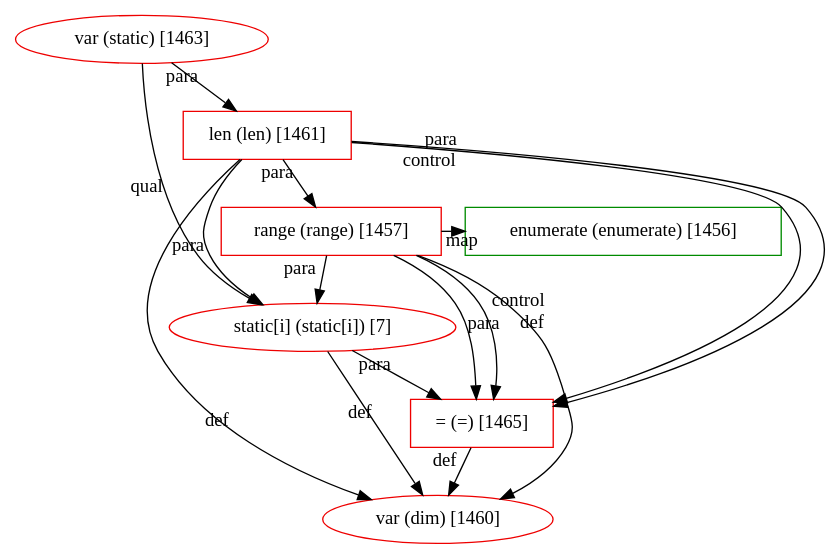
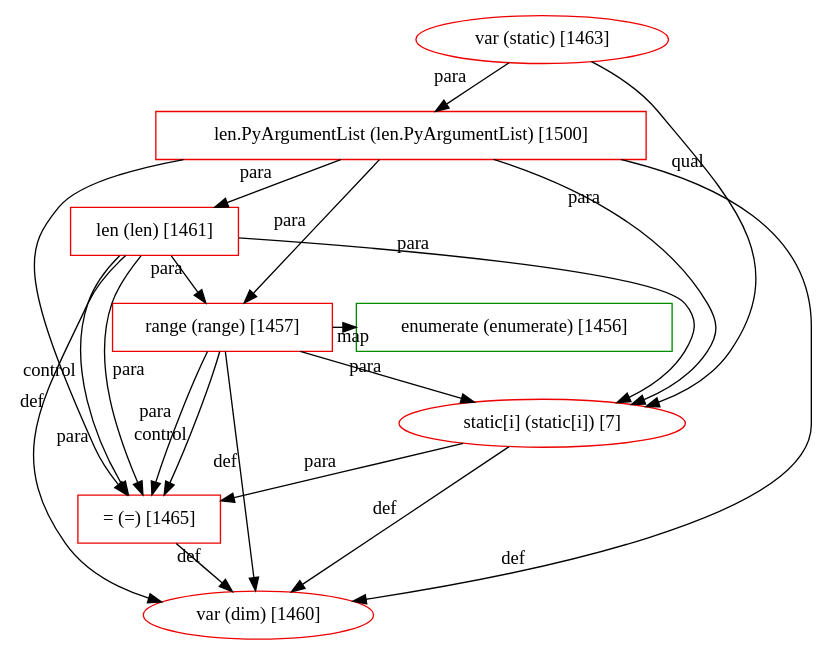
One commit to JetBrains-Research/revizor changed the diagram in src/main/resources/patterns/9/fragment-325.dot. Above: the diagram before and after it, drawn with Graphviz. The commit also changed 3 other files, not shown here.

Commit message:
Add PyArgumentList psi nodes processing Fix `enumerate` pattern according to new rules Make isomorphism matcher to not match `from_closure` attr

```diff
--- a/src/main/resources/patterns/9/fragment-325.dot
+++ b/src/main/resources/patterns/9/fragment-325.dot
@@ -1,27 +1,33 @@
 digraph "fragment-325.dot" {
 	subgraph "subgraph: 1457 to 1456" {
 		graph [rank=same]
 		1457 [label="range (range) [1457]" color=red2 shape=box]
 		1456 [label="enumerate (enumerate) [1456]" color=green4 shape=box]
 	}
 	1461 [label="len (len) [1461]" color=red2 shape=box]
 	1465 [label="= (=) [1465]" color=red2 shape=box]
 	1460 [label="var (dim) [1460]" color=red2 shape=ellipse]
 	1463 [label="var (static) [1463]" color=red2 shape=ellipse]
+	1500 [label="len.PyArgumentList (len.PyArgumentList) [1500]" color=red2 shape=box]
 	1459 [label="static[i] (static[i]) [7]" color=red2 shape=ellipse]
 	1461 -> 1457 [xlabel=para from_closure=False]
 	1457 -> 1456 [xlabel=map from_closure=False]
-	1463 -> 1461 [xlabel=para from_closure=True]
+	1463 -> 1500 [xlabel=para from_closure=True]
+	1500 -> 1461 [xlabel=para from_closure=False]
+	1500 -> 1457 [xlabel=para from_closure=null]
+	1500 -> 1465 [xlabel=para from_closure=null]
+	1500 -> 1459 [xlabel=para from_closure=null]
+	1500 -> 1460 [xlabel=def from_closure=null]
 	1457 -> 1465 [xlabel=para from_closure=True]
 	1457 -> 1465 [xlabel=control from_closure=True]
 	1461 -> 1465 [xlabel=control from_closure=True]
 	1461 -> 1465 [xlabel=para from_closure=True]
 	1457 -> 1460 [xlabel=def from_closure=True]
 	1461 -> 1460 [xlabel=def from_closure=True]
 	1465 -> 1460 [xlabel=def from_closure=False]
 	1459 -> 1460 [xlabel=def from_closure=False]
 	1459 -> 1465 [xlabel=para from_closure=False]
 	1463 -> 1459 [xlabel=qual from_closure=True]
 	1457 -> 1459 [xlabel=para from_closure=True]
 	1461 -> 1459 [xlabel=para from_closure=True]
 }
```
